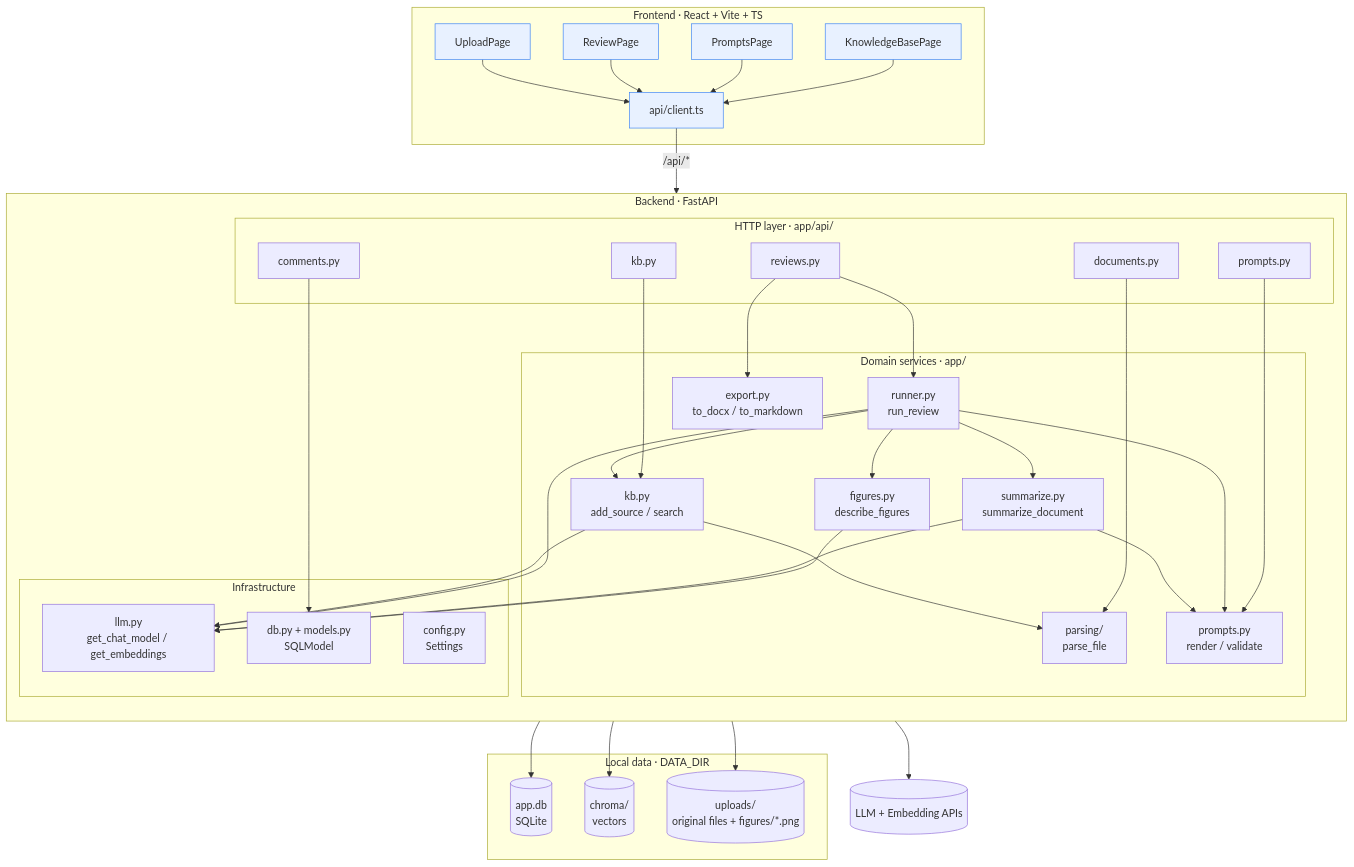
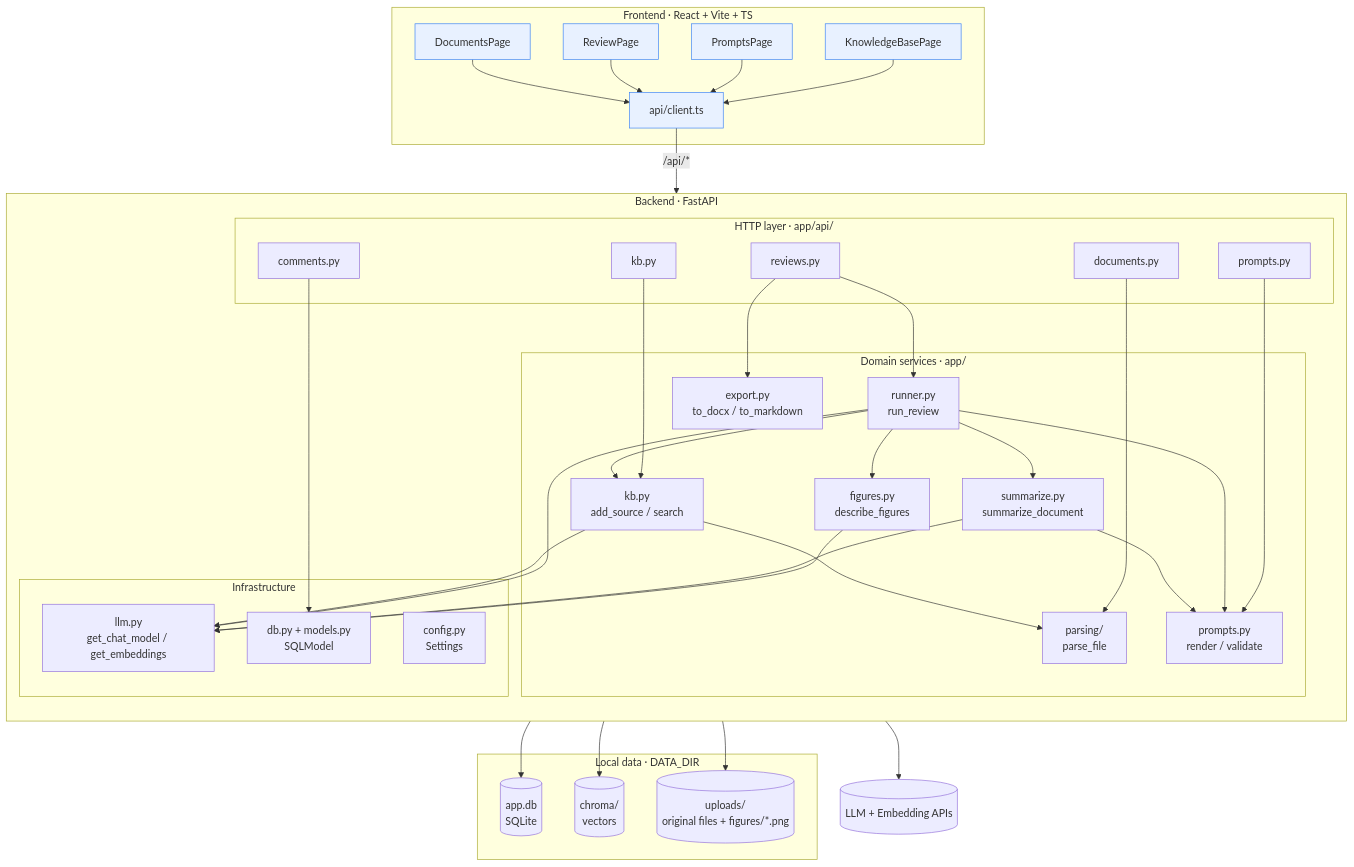
One commit to hamza-prof/industry-mentor-llm-agent changed the second of 9 diagrams in architecture.md. Above: the diagram before and after it, drawn with Mermaid. The commit also changed 2 other files, not shown here.

Commit message:
README with setup, model providers and demo walkthrough

````diff
--- a/architecture.md
+++ b/architecture.md
@@ -33,7 +33,7 @@
 ```mermaid
 flowchart TB
     subgraph FE["Frontend · React + Vite + TS"]
-        P1[UploadPage]:::fe
+        P1[DocumentsPage]:::fe
         P2[ReviewPage]:::fe
         P3[PromptsPage]:::fe
         P4[KnowledgeBasePage]:::fe
@@ -112,7 +112,7 @@
     click I1 "backend/app/llm.py"
     click I2 "backend/app/models.py"
     click I3 "backend/app/config.py"
-    click P1 "frontend/src/pages/UploadPage.tsx"
+    click P1 "frontend/src/pages/DocumentsPage.tsx"
     click P2 "frontend/src/pages/ReviewPage.tsx"
     click P3 "frontend/src/pages/PromptsPage.tsx"
     click P4 "frontend/src/pages/KnowledgeBasePage.tsx"
````
